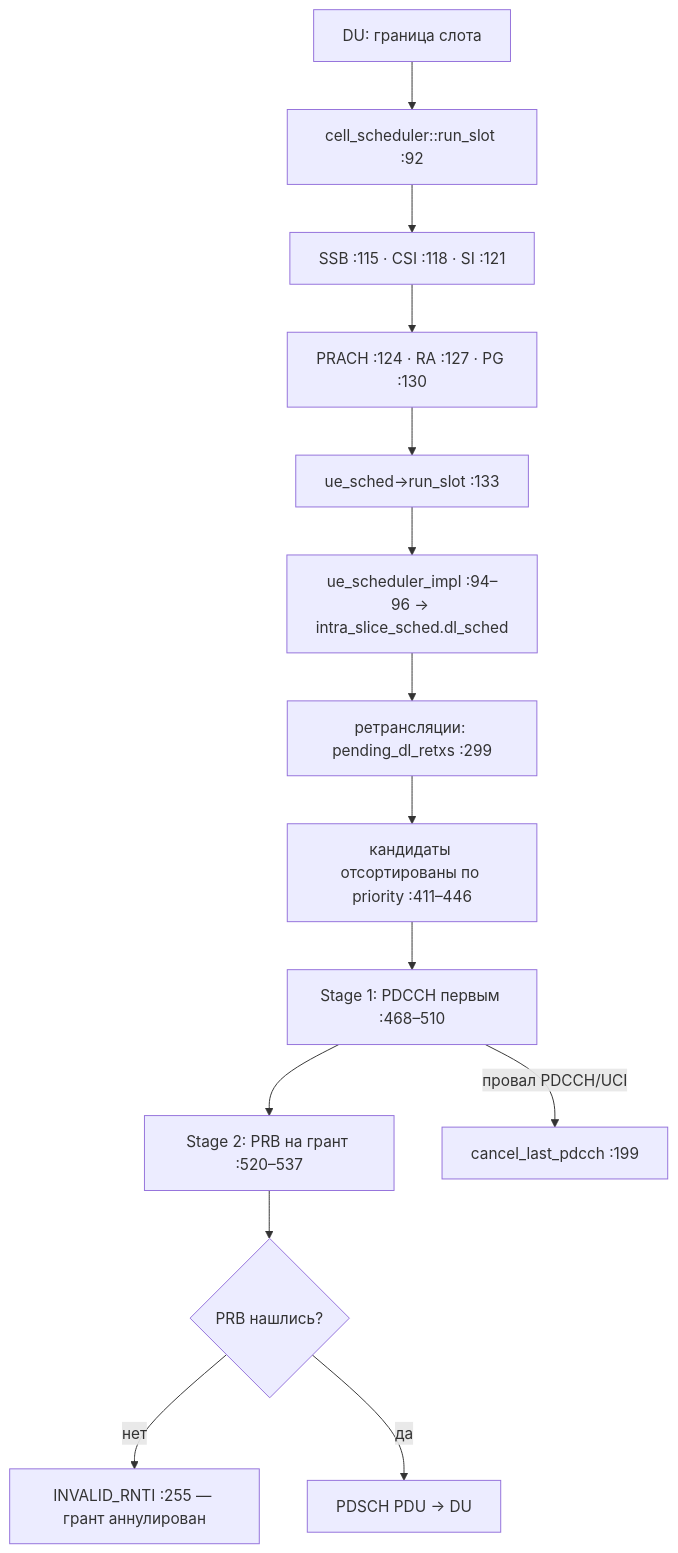
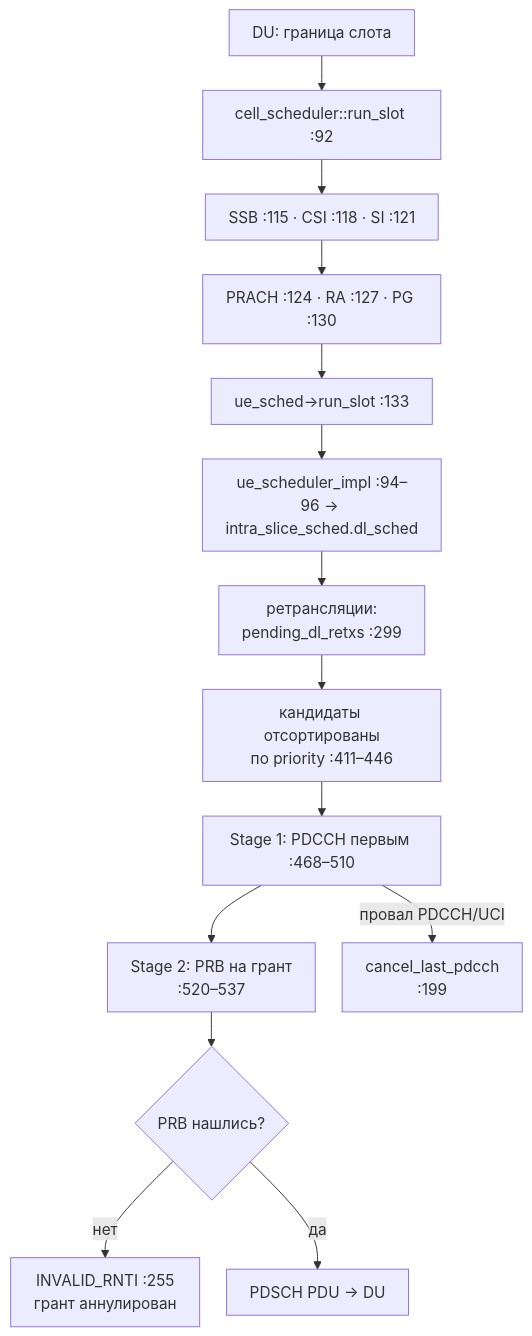
Before and after one commit to dokbrawn/REC-S5: the second of 5 diagrams in weeks/docs/week_03_report.md, drawn with Mermaid. The commit also changed other lines of this file, not shown here.

````diff
--- a/weeks/docs/week_03_report.md
+++ b/weeks/docs/week_03_report.md
@@ -162,16 +163,17 @@
 ```mermaid
+%%{init: {"flowchart": {"htmlLabels": true, "nodeSpacing": 28, "rankSpacing": 36, "padding": 12}}}%%
 flowchart TD
     A["DU: граница слота"] --> B["cell_scheduler::run_slot :92"]
     B --> C["SSB :115 · CSI :118 · SI :121"]
     C --> D["PRACH :124 · RA :127 · PG :130"]
     D --> E["ue_sched->run_slot :133"]
     E --> F["ue_scheduler_impl :94–96 → intra_slice_sched.dl_sched"]
-    F --> G["ретрансляции: pending_dl_retxs :299"]
-    G --> H["кандидаты отсортированы по priority :411–446"]
+    F --> G["ретрансляции:<br/>pending_dl_retxs :299"]
+    G --> H["кандидаты отсортированы<br/>по priority :411–446"]
     H --> I["Stage 1: PDCCH первым :468–510"]
-    I --> J["Stage 2: PRB на грант :520–537"]
+    I --> J["Stage 2: PRB на грант<br/>:520–537"]
     J --> K{"PRB нашлись?"}
-    K -->|нет| L["INVALID_RNTI :255 — грант аннулирован"]
+    K -->|нет| L["INVALID_RNTI :255<br/>грант аннулирован"]
     K -->|да| M["PDSCH PDU → DU"]
-    I -->|провал PDCCH/UCI| N["cancel_last_pdcch :199"]
+    I -->|провал PDCCH/UCI| N["cancel_last_pdcch<br/>:199"]
 ```
````
